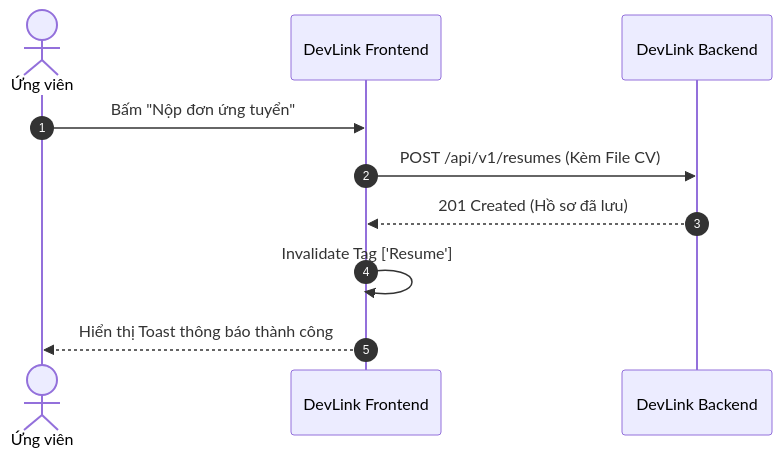
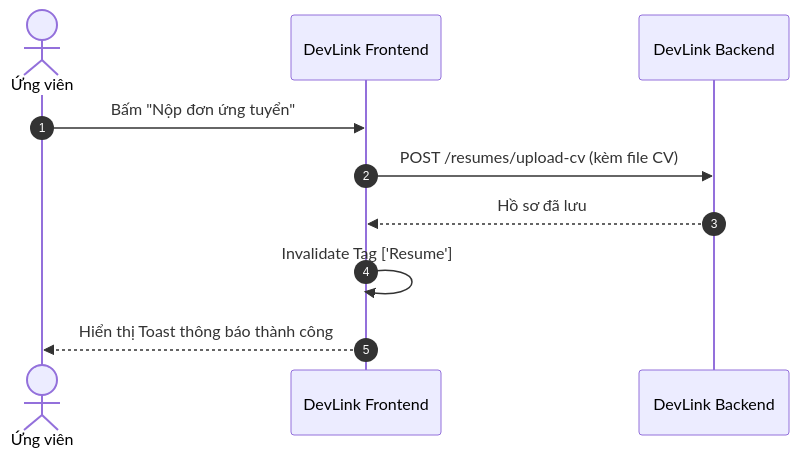
The diagram in docs/00-start-here/writing-guide.md (QuocDuy21-10/it-job-portal-fe), drawn with Mermaid before and after one commit. The commit also changed other lines of this file and 3 other files, not shown here.

````diff
--- a/docs/00-start-here/writing-guide.md
+++ b/docs/00-start-here/writing-guide.md
@@ -76,13 +77,13 @@
 ```mermaid
 sequenceDiagram
     autonumber
     actor Candidate as Ứng viên
     participant FE as DevLink Frontend
     participant BE as DevLink Backend
 
     Candidate->>FE: Bấm "Nộp đơn ứng tuyển"
-    FE->>BE: POST /api/v1/resumes (Kèm File CV)
-    BE-->>FE: 201 Created (Hồ sơ đã lưu)
+    FE->>BE: POST /resumes/upload-cv (kèm file CV)
+    BE-->>FE: Hồ sơ đã lưu
     FE->>FE: Invalidate Tag ['Resume']
     FE-->>Candidate: Hiển thị Toast thông báo thành công
 ```
````
